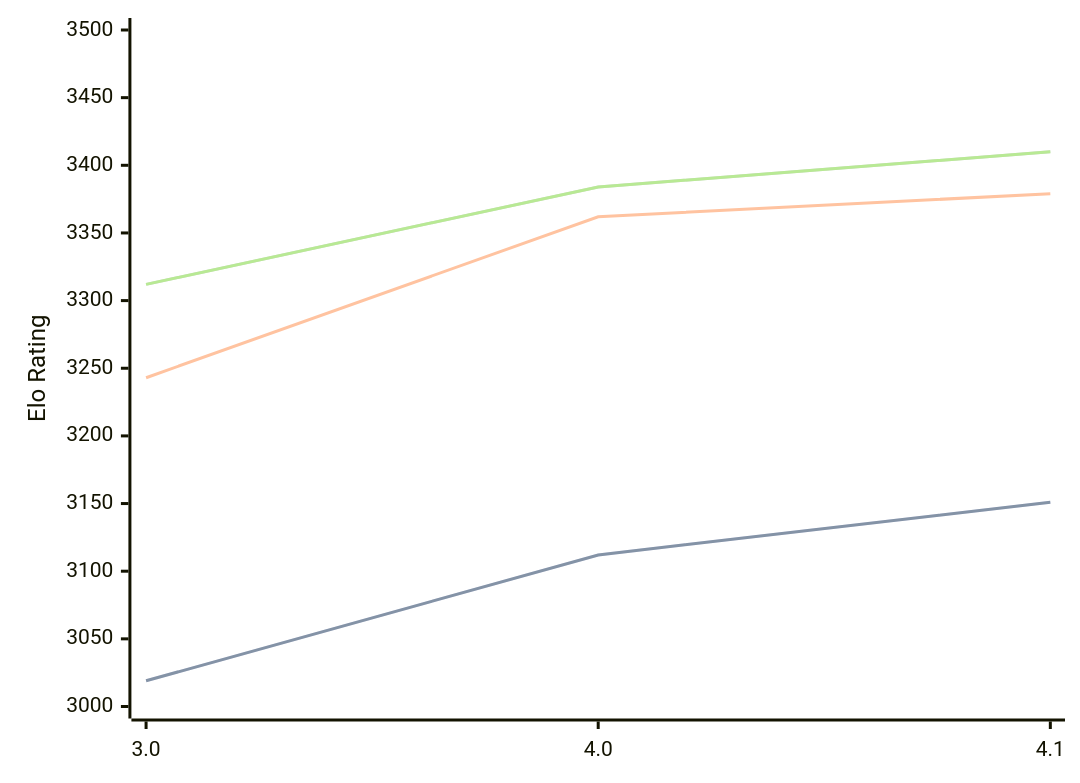
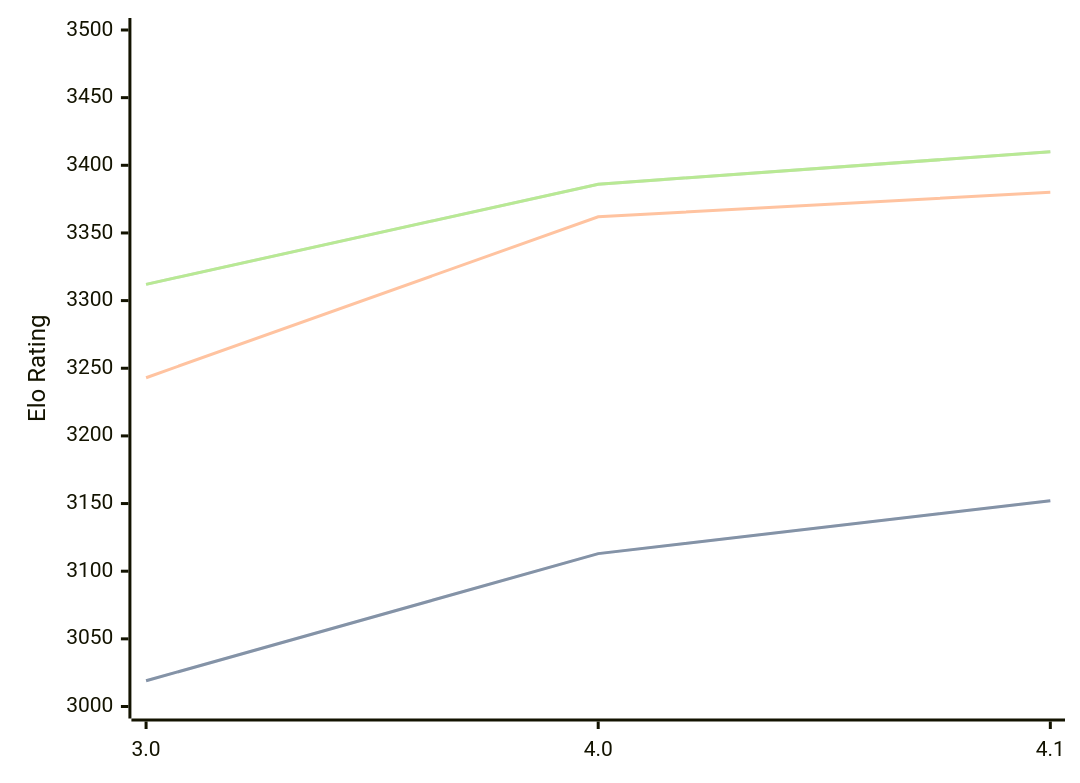
The first of 3 diagrams in engines/Eleanor.md (computer-chess-index/cci), drawn with Mermaid before and after one commit. The commit also changed other lines of this file, not shown here.

Commit message:
Update CCI Ratings (ELO VLTC) - 2026-07-12

````diff
--- a/engines/Eleanor.md
+++ b/engines/Eleanor.md
@@ -35,11 +35,11 @@
 ```mermaid
 %%{init: {"theme":"base","themeVariables":{"seriesColors:['#a3a3a3','#222221','#faa371']}}}%%
 xychart-beta
   x-axis ["3.0", "4.0", "4.1"]
   y-axis "Elo Rating" 3000 --> 3500
-  line "STC (8.0+0.08s)" [3019, 3112, 3151]
-  line "STC (8.0+0.08s)" [3019, 3112, 3151]
-  line "LTC (60.0+0.60s)" [3243, 3362, 3379]
-  line "VLTC (2m24s+1.12s)" [3312, 3384, 3410]
-  line "VLTC (2m24s+1.12s)" [3312, 3384, 3410]
+  line "STC (8.0+0.08s)" [3019, 3113, 3152]
+  line "STC (8.0+0.08s)" [3019, 3113, 3152]
+  line "LTC (60.0+0.60s)" [3243, 3362, 3380]
+  line "VLTC (2m24s+1.12s)" [3312, 3386, 3410]
+  line "VLTC (2m24s+1.12s)" [3312, 3386, 3410]
 ```
````
